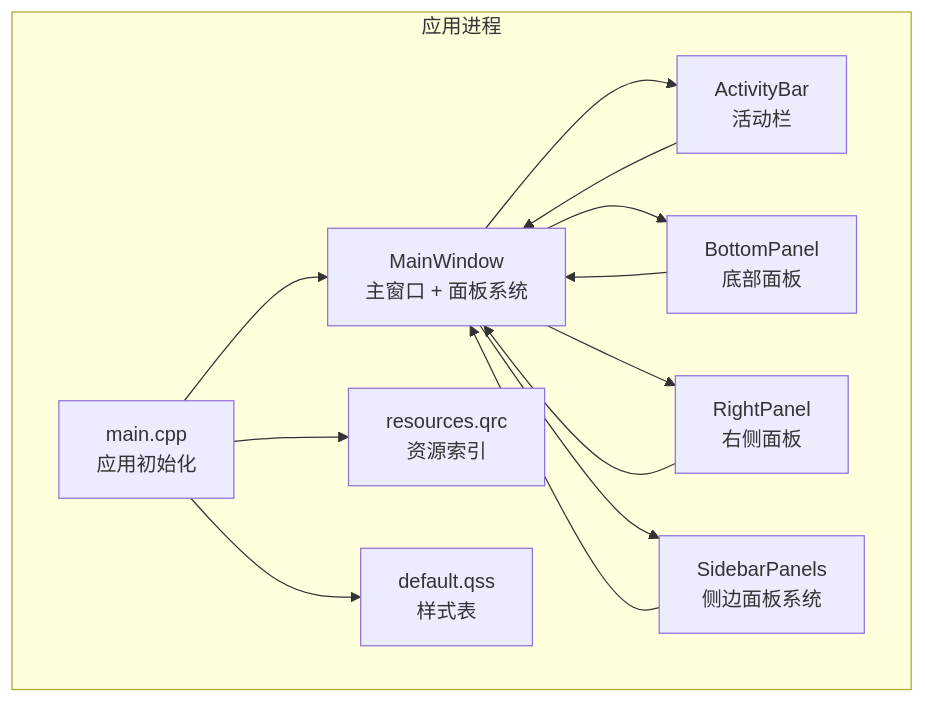
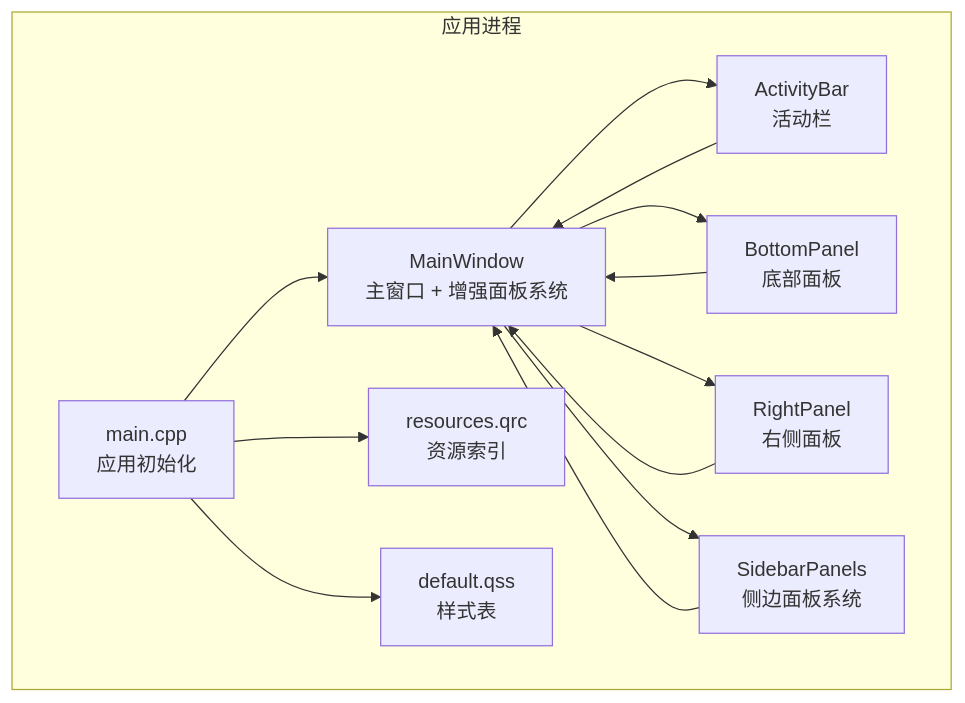
Before and after one commit to jakecai1225-design/OpenBus: the second of 4 diagrams in .qoder/repowiki/zh/content/架构设计/主窗口组件架构.md, drawn with Mermaid. The commit also changed other lines of this file and 32 other files, not shown here.

````diff
--- a/.qoder/repowiki/zh/content/架构设计/主窗口组件架构.md
+++ b/.qoder/repowiki/zh/content/架构设计/主窗口组件架构.md
@@ -109,24 +109,24 @@
 ```mermaid
 graph TB
 subgraph "应用进程"
 M["main.cpp<br/>应用初始化"]
-MW["MainWindow<br/>主窗口 + 面板系统"]
+MW["MainWindow<br/>主窗口 + 增强面板系统"]
 AB["ActivityBar<br/>活动栏"]
 BP["BottomPanel<br/>底部面板"]
 RP["RightPanel<br/>右侧面板"]
 SP["SidebarPanels<br/>侧边面板系统"]
 R["resources.qrc<br/>资源索引"]
 QSS["default.qss<br/>样式表"]
 end
 M --> MW
 M --> R
 M --> QSS
 MW --> AB
 MW --> BP
 MW --> RP
 MW --> SP
 AB --> MW
 BP --> MW
 RP --> MW
 SP --> MW
 ```
````
